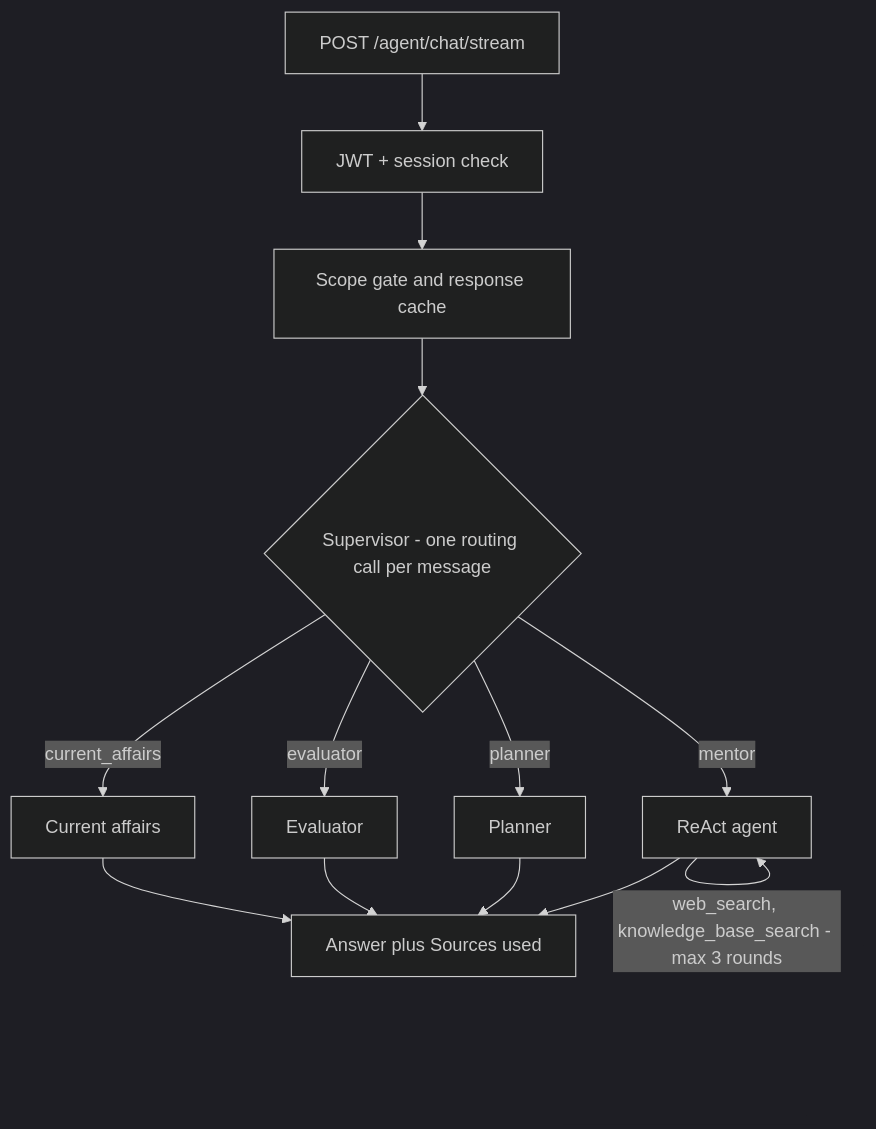
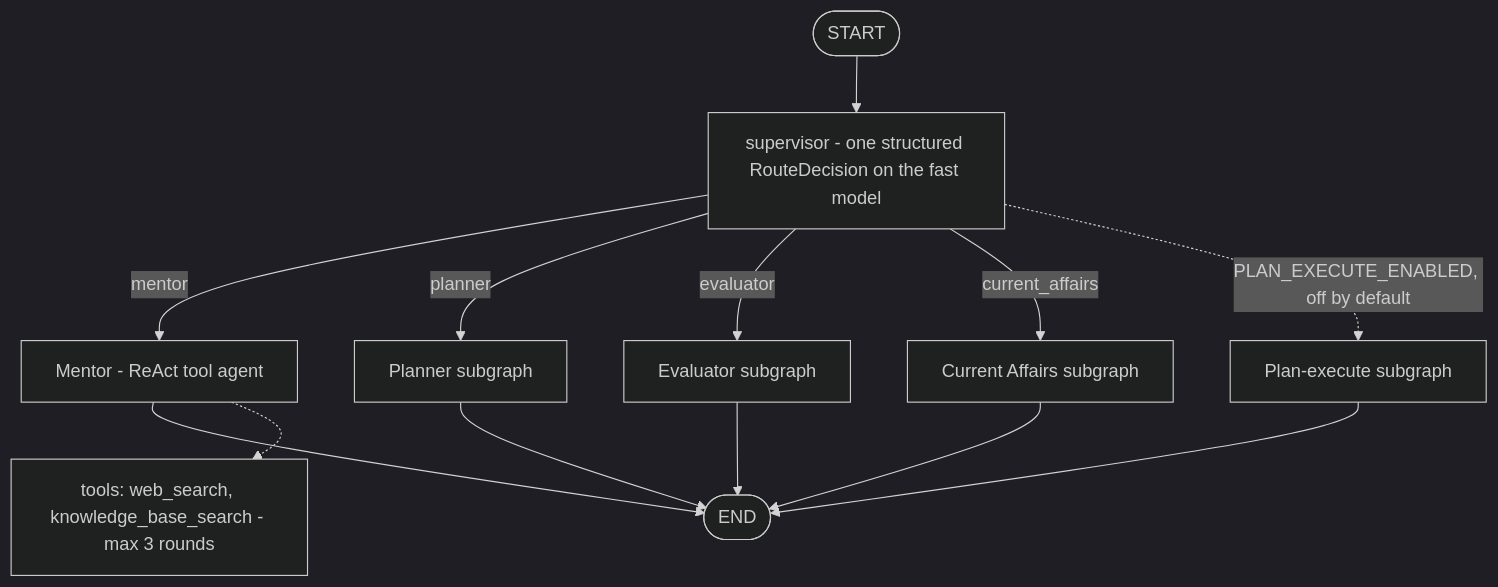
Before and after one commit to Vishal-AI-ML-Dev/UPSC-AI-PRO: the third of 4 diagrams in README.md, drawn with Mermaid (dark theme). The commit also changed other lines of this file, not shown here.

Commit message:
docs: refine UPSC AI Pro README architecture

````diff
--- a/README.md
+++ b/README.md
@@ -76,15 +135,15 @@
 ```mermaid
 flowchart TD
-    Q["POST /agent/chat/stream"] --> A["JWT + session check"]
-    A --> G["Scope gate and response cache"]
-    G --> R{"Supervisor - one routing call per message"}
-    R -->|mentor| M["ReAct agent"]
-    R -->|planner| P["Planner"]
-    R -->|evaluator| E["Evaluator"]
-    R -->|current_affairs| C["Current affairs"]
-    M -->|"web_search, knowledge_base_search - max 3 rounds"| M
-    M --> OUT["Answer plus Sources used"]
-    P --> OUT
-    E --> OUT
-    C --> OUT
+    START(["START"]) --> SUP["supervisor - one structured RouteDecision on the fast model"]
+    SUP -->|mentor| M["Mentor - ReAct tool agent"]
+    SUP -->|planner| P["Planner subgraph"]
+    SUP -->|evaluator| E["Evaluator subgraph"]
+    SUP -->|current_affairs| C["Current Affairs subgraph"]
+    SUP -.->|"PLAN_EXECUTE_ENABLED, off by default"| PE["Plan-execute subgraph"]
+    M --> END(["END"])
+    P --> END
+    E --> END
+    C --> END
+    PE --> END
+    M -.-> T["tools: web_search, knowledge_base_search - max 3 rounds"]
 ```
````
